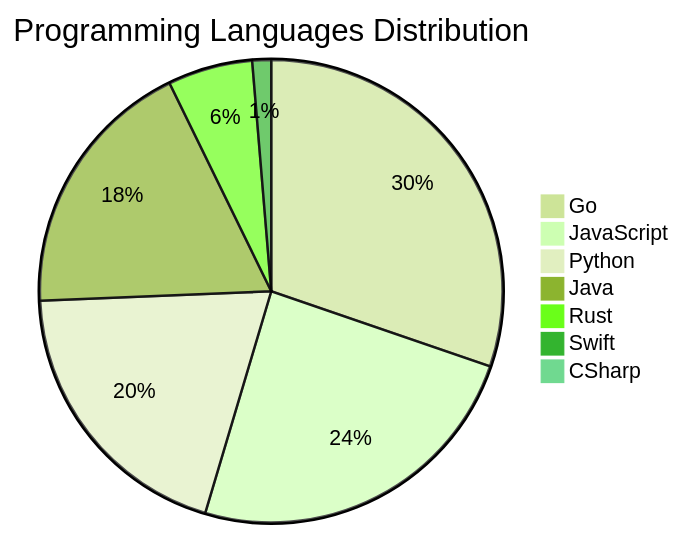
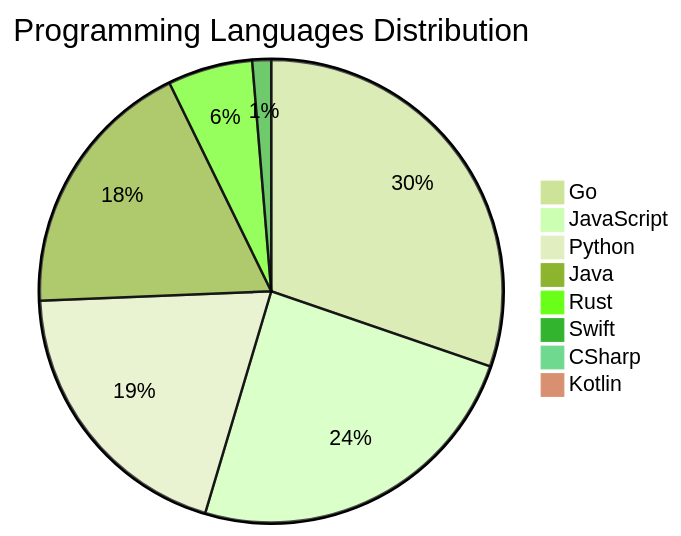
The diagram in README.md (Derrick-MUGISHA/github-activity-bot), drawn with Mermaid (forest theme) before and after one commit. The commit also changed other lines of this file and 4 other files, not shown here.

````diff
--- a/README.md
+++ b/README.md
@@ -209,10 +210,11 @@
 ```mermaid
 pie title Programming Languages Distribution
     "Go" : 46
     "JavaScript" : 37
     "Python" : 30
     "Java" : 28
     "Rust" : 9
     "Swift" : 2
     "CSharp" : 1
+    "Kotlin" : 1
 ```
````
